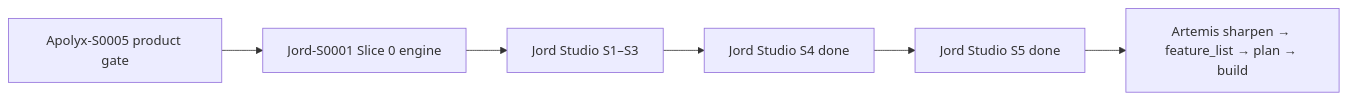
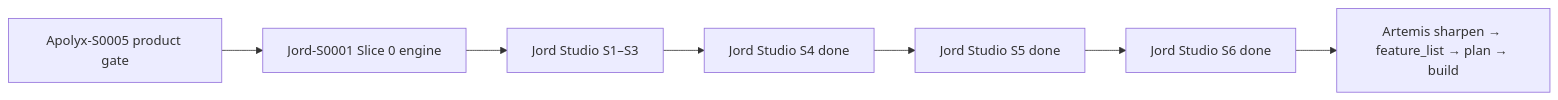
Before and after one commit to samtheory/altr.lab.turbo.v2: the diagram in Docs/plan/00-roadmap-apolyx-jord-artemis.md, drawn with Mermaid. The commit also changed other lines of this file and 18 other files, not shown here.

````diff
--- a/Docs/plan/00-roadmap-apolyx-jord-artemis.md
+++ b/Docs/plan/00-roadmap-apolyx-jord-artemis.md
@@ -21,8 +22,9 @@
 ```mermaid
 flowchart LR
   A5[Apolyx-S0005 product gate] --> J0[Jord-S0001 Slice 0 engine]
   J0 --> JS1[Jord Studio S1–S3]
   JS1 --> JS4[Jord Studio S4 done]
   JS4 --> JS5[Jord Studio S5 done]
-  JS5 --> Art[Artemis sharpen → feature_list → plan → build]
+  JS5 --> JS6[Jord Studio S6 done]
+  JS6 --> Art[Artemis sharpen → feature_list → plan → build]
 ```
````
